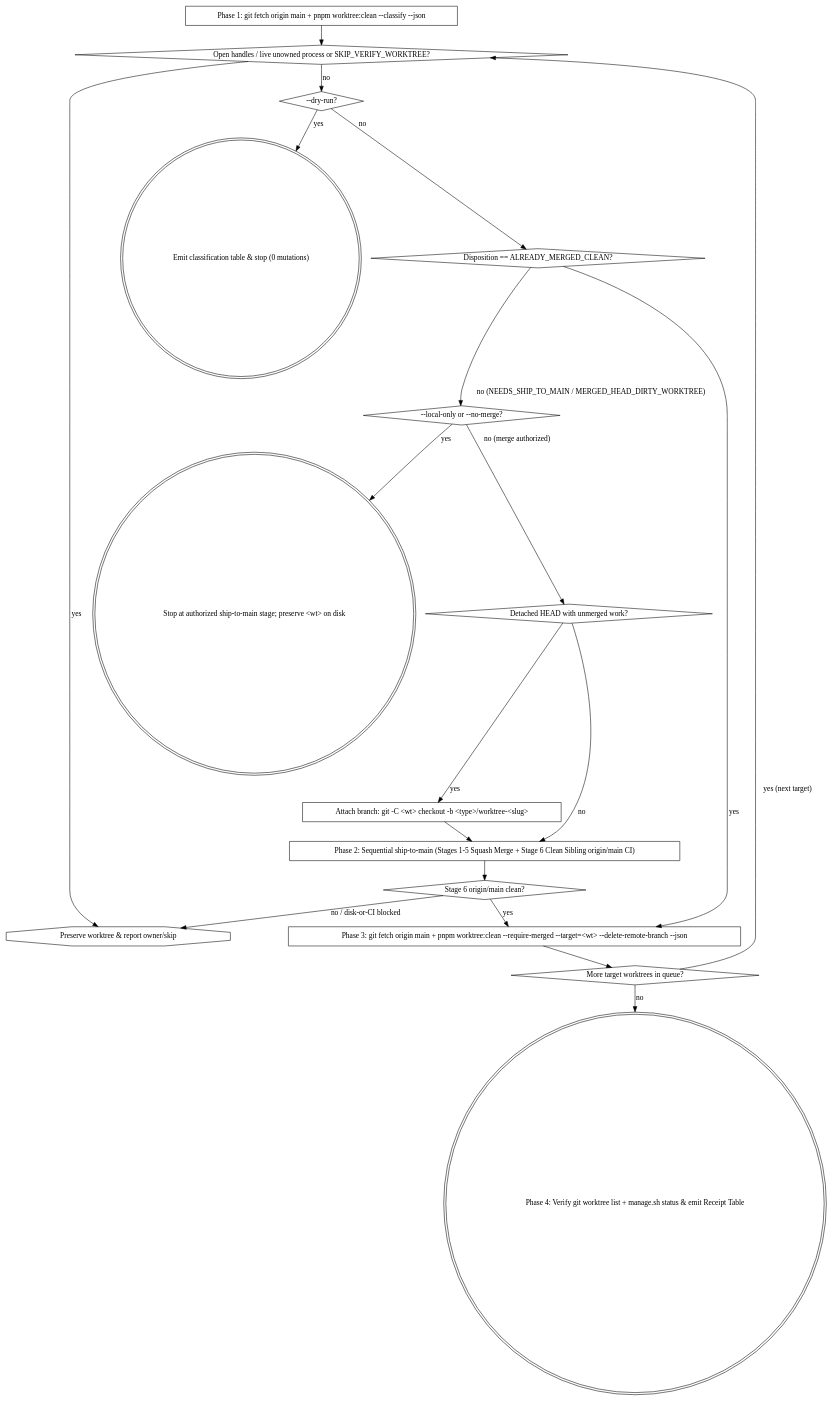
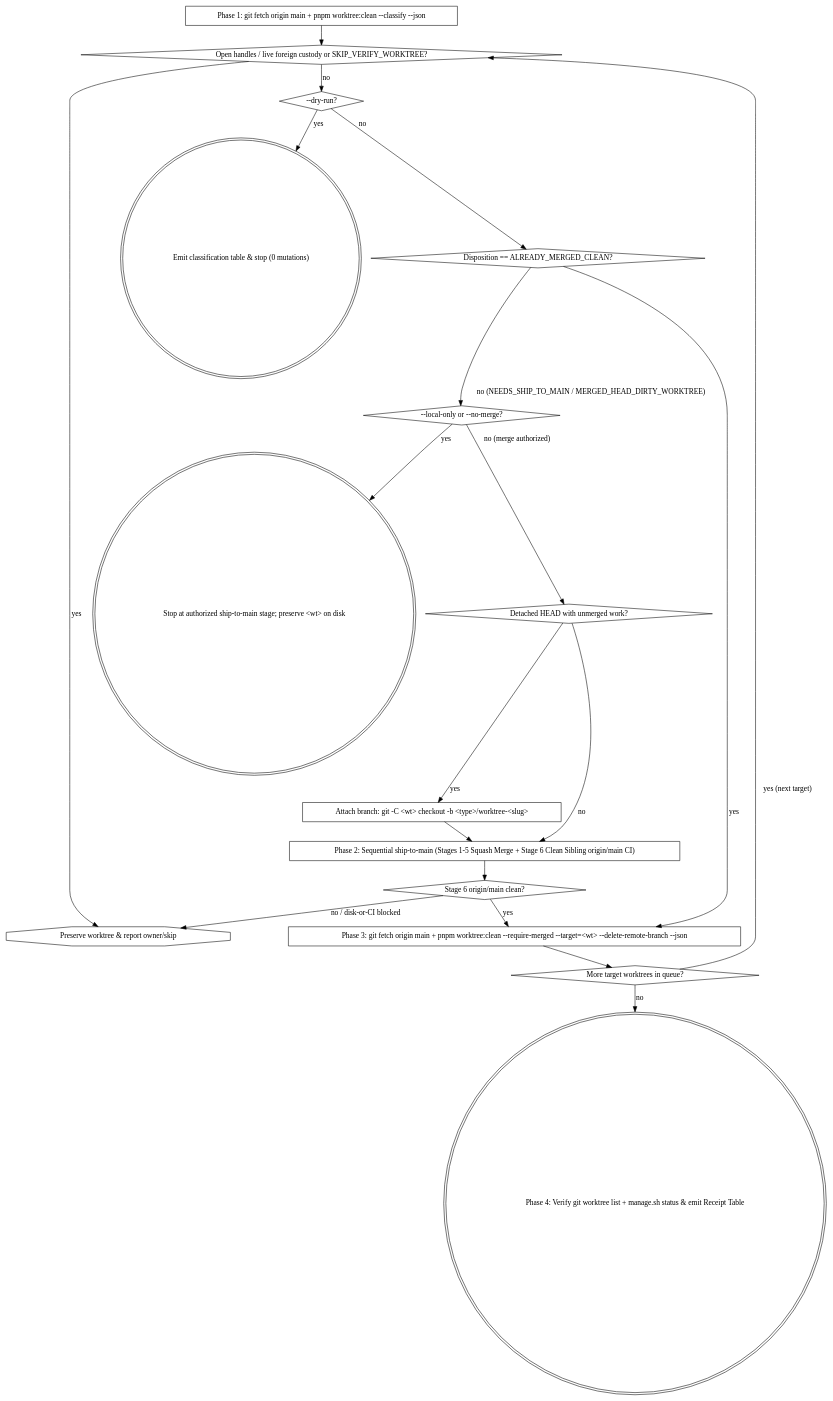
One commit to quan25211ot0433/project-agent-skills changed the diagram in skills/clean-worktree/SKILL.md. Above: the diagram before and after it, drawn with Graphviz. The commit also changed other lines of this file and 8 other files, not shown here.

````diff
--- a/skills/clean-worktree/SKILL.md
+++ b/skills/clean-worktree/SKILL.md
@@ -41,39 +41,39 @@
 ```dot
 digraph clean_worktree {
     rankdir=TB;
     "Phase 1: git fetch origin main + pnpm worktree:clean --classify --json" [shape=box];
-    "Open handles / live unowned process or SKIP_VERIFY_WORKTREE?" [shape=diamond];
+    "Open handles / live foreign custody or SKIP_VERIFY_WORKTREE?" [shape=diamond];
     "Preserve worktree & report owner/skip" [shape=octagon];
     "--dry-run?" [shape=diamond];
     "Emit classification table & stop (0 mutations)" [shape=doublecircle];
     "Disposition == ALREADY_MERGED_CLEAN?" [shape=diamond];
     "--local-only or --no-merge?" [shape=diamond];
     "Stop at authorized ship-to-main stage; preserve <wt> on disk" [shape=doublecircle];
     "Detached HEAD with unmerged work?" [shape=diamond];
     "Attach branch: git -C <wt> checkout -b <type>/worktree-<slug>" [shape=box];
     "Phase 2: Sequential ship-to-main (Stages 1-5 Squash Merge + Stage 6 Clean Sibling origin/main CI)" [shape=box];
     "Stage 6 origin/main clean?" [shape=diamond];
     "Phase 3: git fetch origin main + pnpm worktree:clean --require-merged --target=<wt> --delete-remote-branch --json" [shape=box];
     "More target worktrees in queue?" [shape=diamond];
     "Phase 4: Verify git worktree list + manage.sh status & emit Receipt Table" [shape=doublecircle];
 
-    "Phase 1: git fetch origin main + pnpm worktree:clean --classify --json" -> "Open handles / live unowned process or SKIP_VERIFY_WORKTREE?";
-    "Open handles / live unowned process or SKIP_VERIFY_WORKTREE?" -> "Preserve worktree & report owner/skip" [label="yes"];
-    "Open handles / live unowned process or SKIP_VERIFY_WORKTREE?" -> "--dry-run?" [label="no"];
+    "Phase 1: git fetch origin main + pnpm worktree:clean --classify --json" -> "Open handles / live foreign custody or SKIP_VERIFY_WORKTREE?";
+    "Open handles / live foreign custody or SKIP_VERIFY_WORKTREE?" -> "Preserve worktree & report owner/skip" [label="yes"];
+    "Open handles / live foreign custody or SKIP_VERIFY_WORKTREE?" -> "--dry-run?" [label="no"];
     "--dry-run?" -> "Emit classification table & stop (0 mutations)" [label="yes"];
     "--dry-run?" -> "Disposition == ALREADY_MERGED_CLEAN?" [label="no"];
     "Disposition == ALREADY_MERGED_CLEAN?" -> "Phase 3: git fetch origin main + pnpm worktree:clean --require-merged --target=<wt> --delete-remote-branch --json" [label="yes"];
     "Disposition == ALREADY_MERGED_CLEAN?" -> "--local-only or --no-merge?" [label="no (NEEDS_SHIP_TO_MAIN / MERGED_HEAD_DIRTY_WORKTREE)"];
     "--local-only or --no-merge?" -> "Stop at authorized ship-to-main stage; preserve <wt> on disk" [label="yes"];
     "--local-only or --no-merge?" -> "Detached HEAD with unmerged work?" [label="no (merge authorized)"];
     "Detached HEAD with unmerged work?" -> "Attach branch: git -C <wt> checkout -b <type>/worktree-<slug>" [label="yes"];
     "Detached HEAD with unmerged work?" -> "Phase 2: Sequential ship-to-main (Stages 1-5 Squash Merge + Stage 6 Clean Sibling origin/main CI)" [label="no"];
     "Attach branch: git -C <wt> checkout -b <type>/worktree-<slug>" -> "Phase 2: Sequential ship-to-main (Stages 1-5 Squash Merge + Stage 6 Clean Sibling origin/main CI)";
     "Phase 2: Sequential ship-to-main (Stages 1-5 Squash Merge + Stage 6 Clean Sibling origin/main CI)" -> "Stage 6 origin/main clean?";
     "Stage 6 origin/main clean?" -> "Preserve worktree & report owner/skip" [label="no / disk-or-CI blocked"];
     "Stage 6 origin/main clean?" -> "Phase 3: git fetch origin main + pnpm worktree:clean --require-merged --target=<wt> --delete-remote-branch --json" [label="yes"];
     "Phase 3: git fetch origin main + pnpm worktree:clean --require-merged --target=<wt> --delete-remote-branch --json" -> "More target worktrees in queue?";
-    "More target worktrees in queue?" -> "Open handles / live unowned process or SKIP_VERIFY_WORKTREE?" [label="yes (next target)"];
+    "More target worktrees in queue?" -> "Open handles / live foreign custody or SKIP_VERIFY_WORKTREE?" [label="yes (next target)"];
     "More target worktrees in queue?" -> "Phase 4: Verify git worktree list + manage.sh status & emit Receipt Table" [label="no"];
 }
 ```
````
